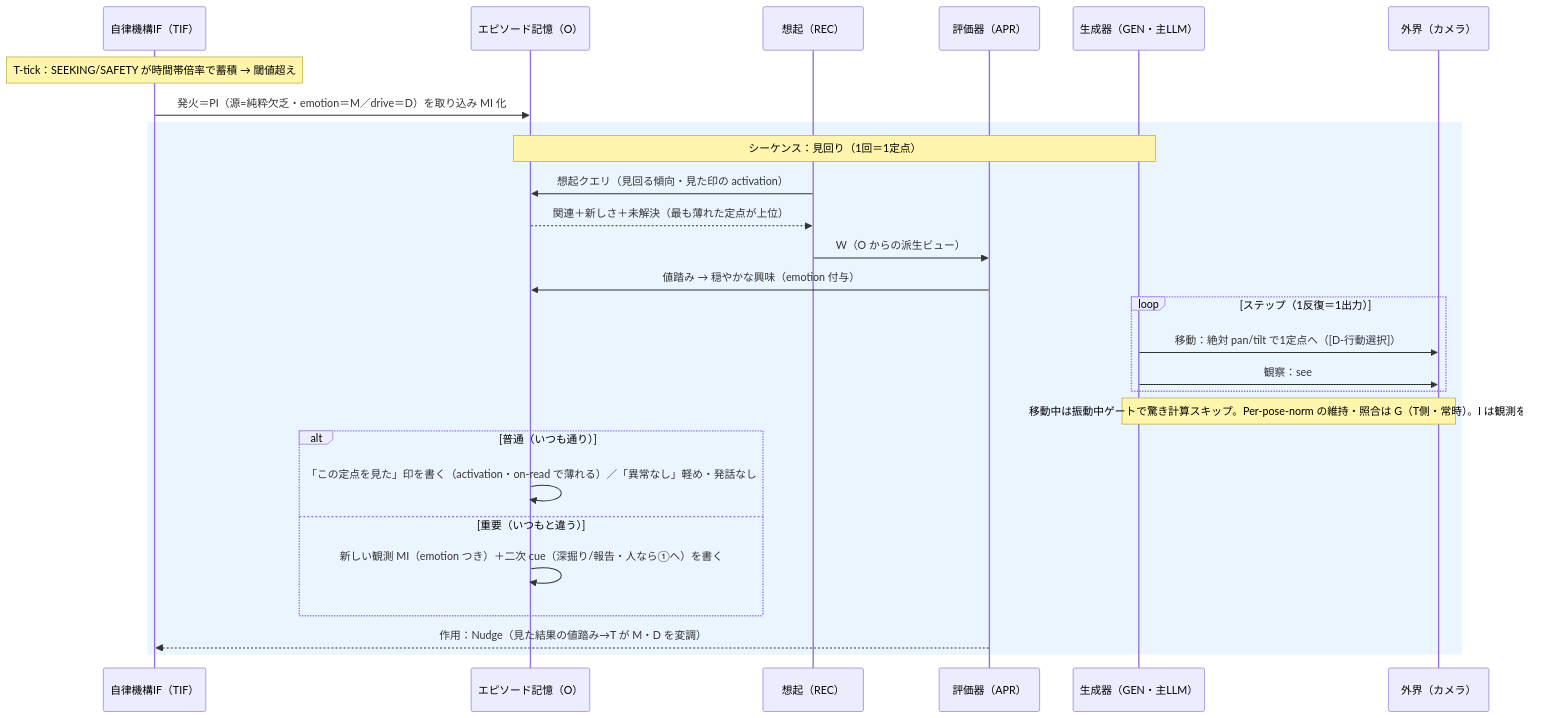
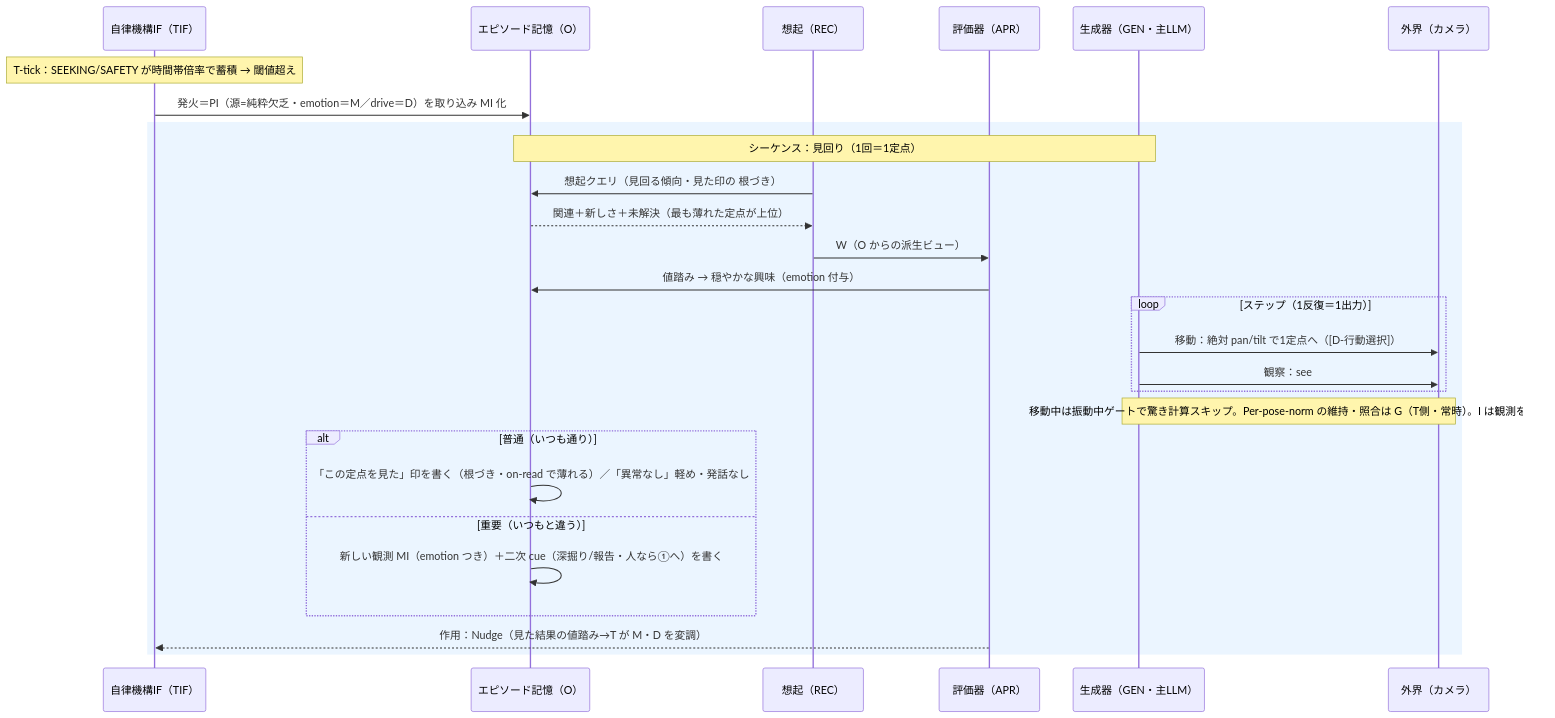
One commit to ikuchan/family-ai-by-familiar-ai changed the diagram in docs/NewModesDocs/familiar-ai_ユースケース③_昼夜見回り.md. Above: the diagram before and after it, drawn with Mermaid. The commit also changed other lines of this file and 101 other files, not shown here.

````diff
--- a/docs/NewModesDocs/familiar-ai_ユースケース③_昼夜見回り.md
+++ b/docs/NewModesDocs/familiar-ai_ユースケース③_昼夜見回り.md
@@ -21,31 +21,31 @@
 ```mermaid
 sequenceDiagram
   participant TIF as 自律機構IF（TIF）
   participant O as エピソード記憶（O）
   participant REC as 想起（REC）
   participant APR as 評価器（APR）
   participant GEN as 生成器（GEN・主LLM）
   participant IN as 外界（カメラ）
  
   Note over TIF: T-tick：SEEKING/SAFETY が時間帯倍率で蓄積 → 閾値超え
   TIF->>O: 発火＝PI（源=純粋欠乏・emotion＝M／drive＝D）を取り込み MI 化
  
   rect rgb(235,245,255)
   Note over O,GEN: シーケンス：見回り（1回＝1定点）
-  REC->>O: 想起クエリ（見回る傾向・見た印の activation）
+  REC->>O: 想起クエリ（見回る傾向・見た印の 根づき）
   O-->>REC: 関連＋新しさ＋未解決（最も薄れた定点が上位）
   REC->>APR: W（O からの派生ビュー）
   APR->>O: 値踏み → 穏やかな興味（emotion 付与）
   loop ステップ（1反復＝1出力）
     GEN->>IN: 移動：絶対 pan/tilt で1定点へ（[D-行動選択]）
     GEN->>IN: 観察：see
   end
   Note over GEN,IN: 移動中は振動中ゲートで驚き計算スキップ。Per-pose-norm の維持・照合は G（T側・常時）。I は観測を評価
   alt 普通（いつも通り）
-    O->>O: 「この定点を見た」印を書く（activation・on-read で薄れる）／「異常なし」軽め・発話なし
+    O->>O: 「この定点を見た」印を書く（根づき・on-read で薄れる）／「異常なし」軽め・発話なし
   else 重要（いつもと違う）
     O->>O: 新しい観測 MI（emotion つき）＋二次 cue（深掘り/報告・人なら①へ）を書く
   end
   APR-->>TIF: 作用：Nudge（見た結果の値踏み→T が M・D を変調）
   end
 ```
````
